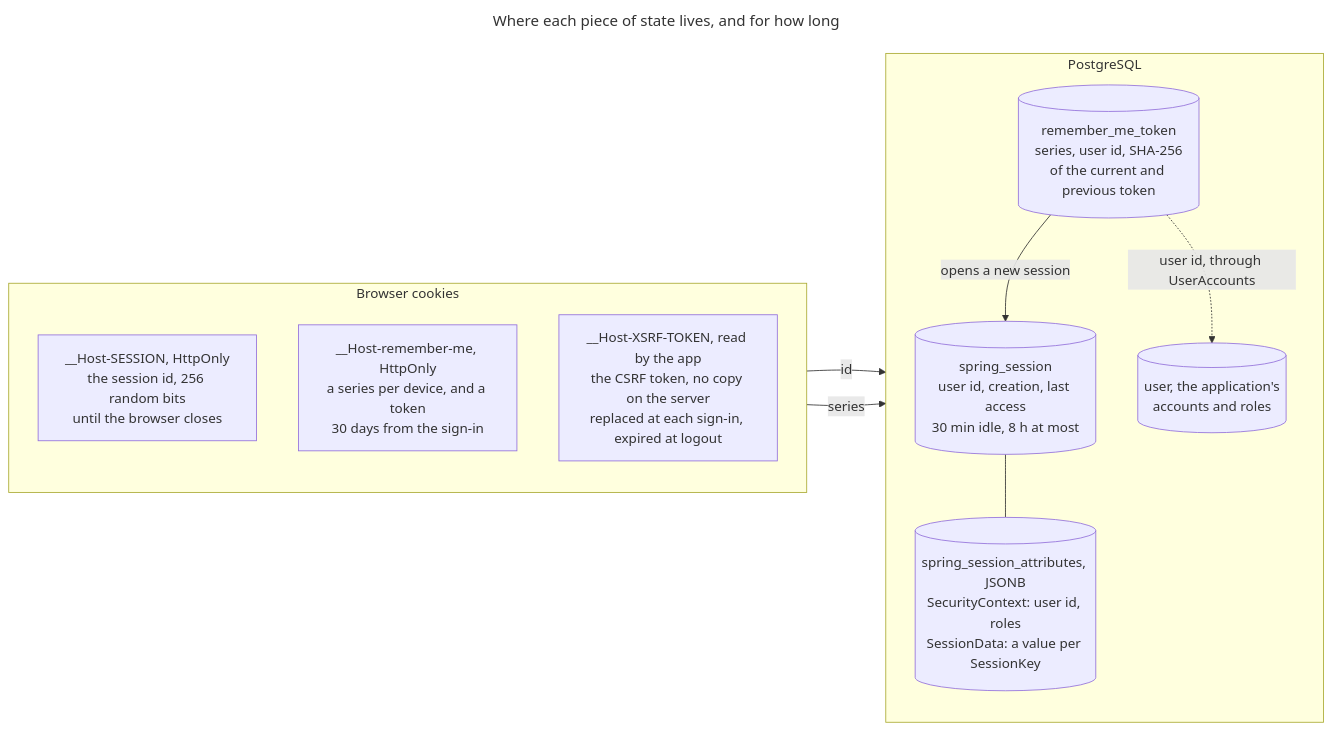
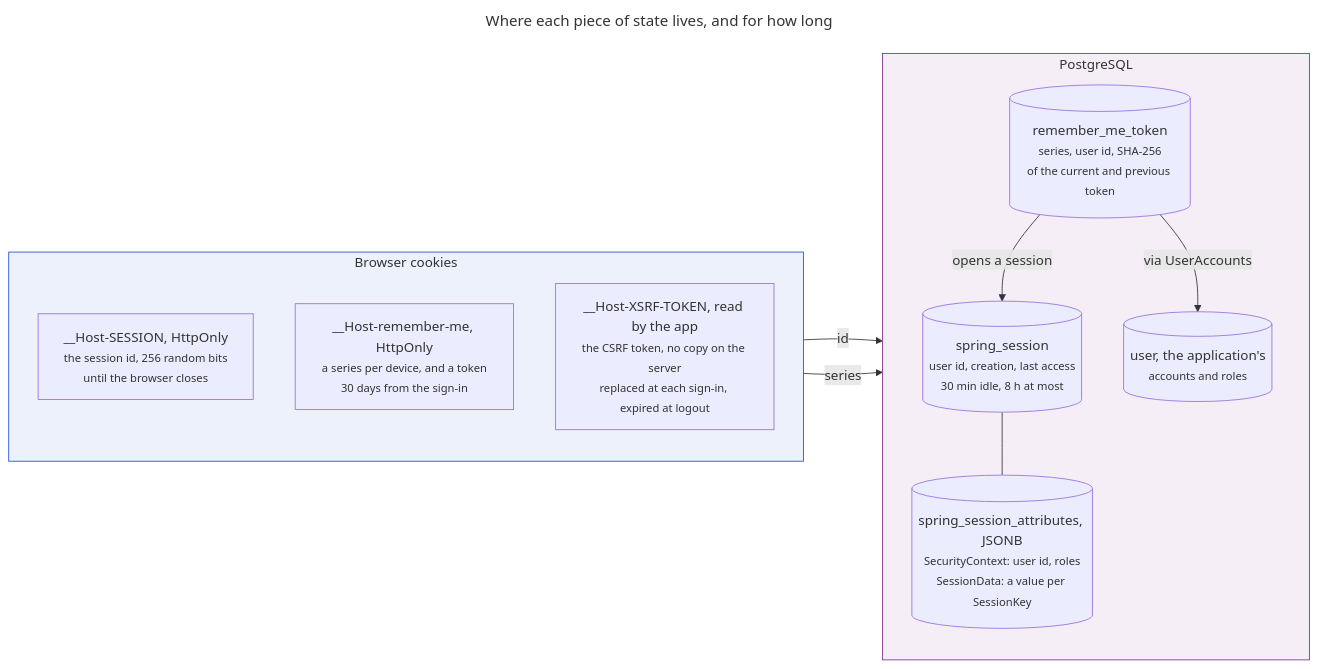
The fifth of 7 diagrams in docs/content/en/3.reference/2.security/1.principles.md (mboisnard/drinkit), drawn with Mermaid before and after one commit. The commit also changed other lines of this file and 8 other files, not shown here.

First line of the commit message:
[DOCUMENTATION] Draw the diagrams as simply as the A+ design (#666)

````diff
--- a/docs/content/en/3.reference/2.security/1.principles.md
+++ b/docs/content/en/3.reference/2.security/1.principles.md
@@ -262,24 +217,26 @@
 ```mermaid
 ---
 title: Where each piece of state lives, and for how long
 ---
 flowchart LR
   subgraph browser["Browser cookies"]
     direction TB
-    sessionCookie["__Host-SESSION, HttpOnly<br/>the session id, 256 random bits<br/>until the browser closes"]
-    rememberCookie["__Host-remember-me, HttpOnly<br/>a series per device, and a token<br/>30 days from the sign-in"]
-    xsrfCookie["__Host-XSRF-TOKEN, read by the app<br/>the CSRF token, no copy on the server<br/>replaced at each sign-in, expired at logout"]
+    sessionCookie["__Host-SESSION, HttpOnly<br/><small>the session id, 256 random bits<br/>until the browser closes</small>"]
+    rememberCookie["__Host-remember-me, HttpOnly<br/><small>a series per device, and a token<br/>30 days from the sign-in</small>"]
+    xsrfCookie["__Host-XSRF-TOKEN, read by the app<br/><small>the CSRF token, no copy on the server<br/>replaced at each sign-in, expired at logout</small>"]
   end
   subgraph postgres["PostgreSQL"]
     direction TB
-    session[("spring_session<br/>user id, creation, last access<br/>30 min idle, 8 h at most")]
-    attributes[("spring_session_attributes, JSONB<br/>SecurityContext: user id, roles<br/>SessionData: a value per SessionKey")]
-    remember[("remember_me_token<br/>series, user id, SHA-256<br/>of the current and previous token")]
-    user[("user, the application's<br/>accounts and roles")]
+    session[("spring_session<br/><small>user id, creation, last access<br/>30 min idle, 8 h at most</small>")]
+    attributes[("spring_session_attributes, JSONB<br/><small>SecurityContext: user id, roles<br/>SessionData: a value per SessionKey</small>")]
+    remember[("remember_me_token<br/><small>series, user id, SHA-256<br/>of the current and previous token</small>")]
+    user[("user, the application's<br/><small>accounts and roles</small>")]
   end
-  sessionCookie -- "id" --> session
+  sessionCookie -- id --> session
   session --- attributes
-  rememberCookie -- "series" --> remember
-  remember -- "opens a new session" --> session
-  remember -. "user id, through UserAccounts" .-> user
+  rememberCookie -- series --> remember
+  remember -- "opens a session" --> session
+  remember -- "via UserAccounts" --> user
+  style browser fill:#1d4ed814,stroke:#1d4ed8
+  style postgres fill:#7a2e8e14,stroke:#7a2e8e
 ```
````
